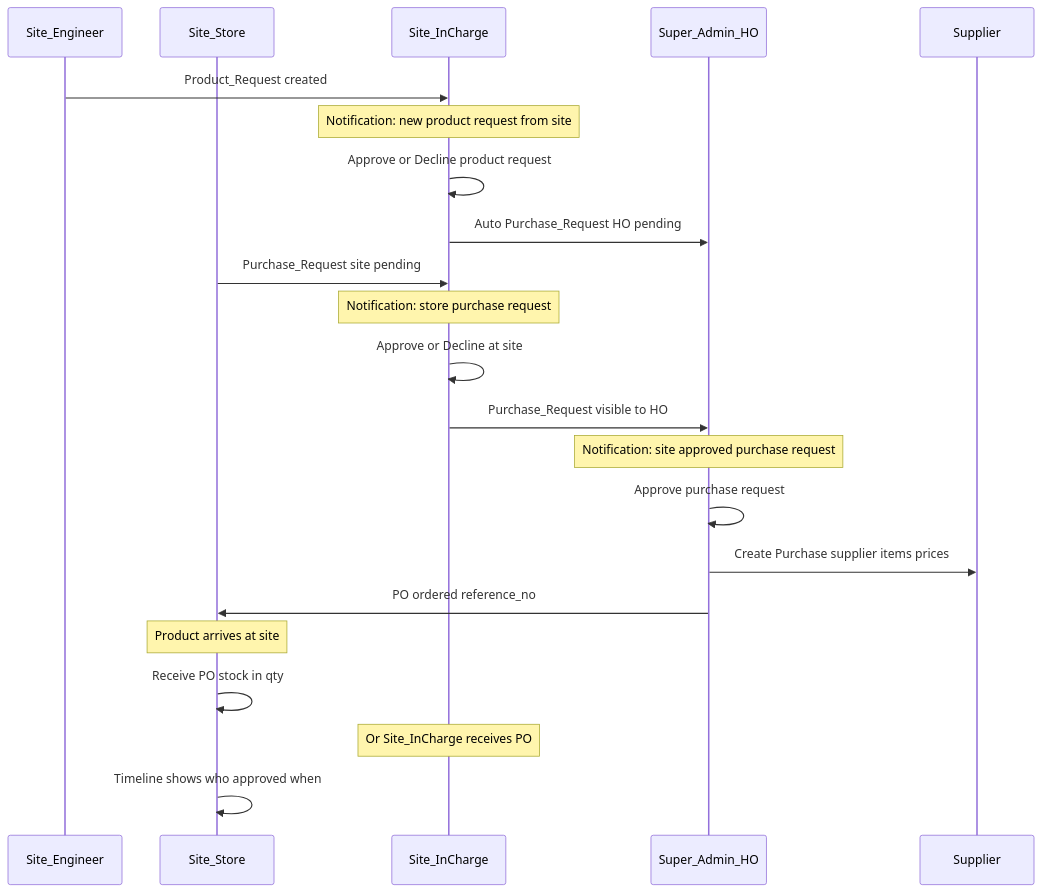
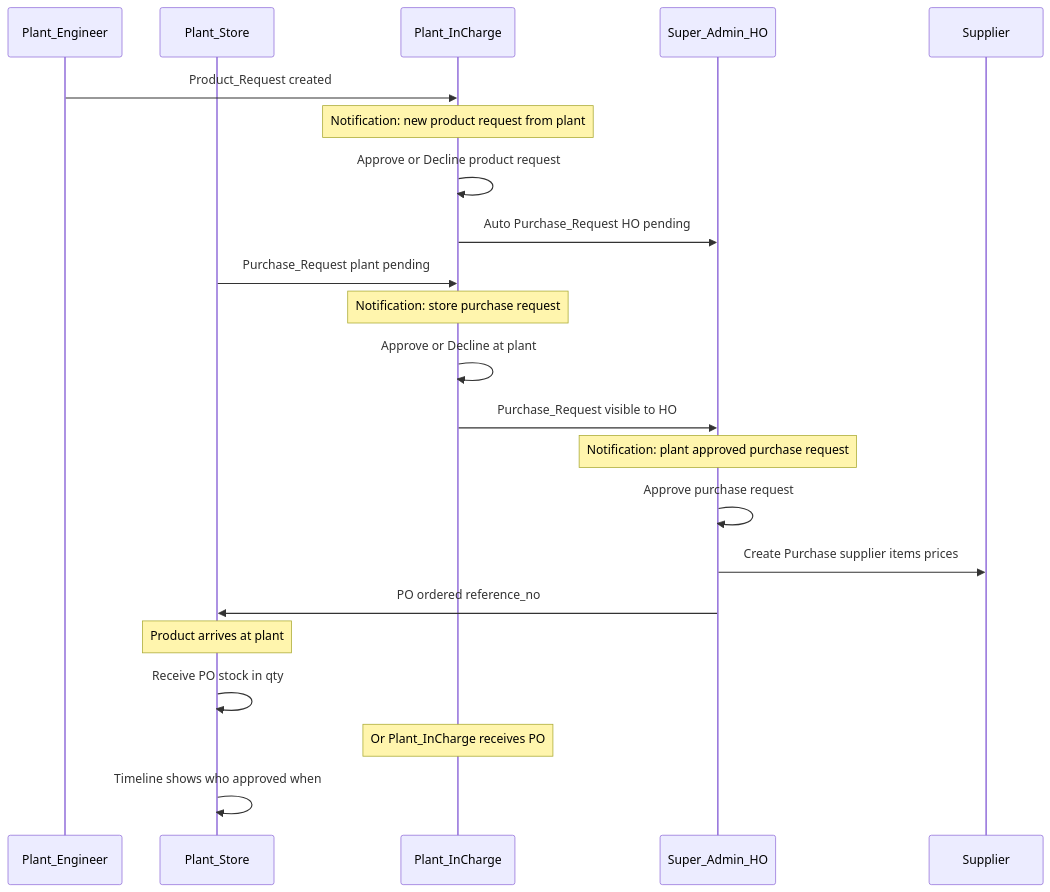
Before and after one commit to jisyashpal/panchmukhi_erp: the first of 2 diagrams in docs/ERP_PLAN.md, drawn with Mermaid. The commit also changed other lines of this file and 176 other files, not shown here.

````diff
--- a/docs/ERP_PLAN.md
+++ b/docs/ERP_PLAN.md
@@ -7,25 +7,25 @@
 ```mermaid
 sequenceDiagram
-    participant Eng as Site_Engineer
-    participant Store as Site_Store
-    participant IC as Site_InCharge
+    participant Eng as Plant_Engineer
+    participant Store as Plant_Store
+    participant IC as Plant_InCharge
     participant HO as Super_Admin_HO
     participant Sup as Supplier
 
     Eng->>IC: Product_Request created
-    Note over IC: Notification: new product request from site
+    Note over IC: Notification: new product request from plant
     IC->>IC: Approve or Decline product request
     IC->>HO: Auto Purchase_Request HO pending
-    Store->>IC: Purchase_Request site pending
+    Store->>IC: Purchase_Request plant pending
     Note over IC: Notification: store purchase request
-    IC->>IC: Approve or Decline at site
+    IC->>IC: Approve or Decline at plant
     IC->>HO: Purchase_Request visible to HO
-    Note over HO: Notification: site approved purchase request
+    Note over HO: Notification: plant approved purchase request
     HO->>HO: Approve purchase request
     HO->>Sup: Create Purchase supplier items prices
     HO->>Store: PO ordered reference_no
-    Note over Store: Product arrives at site
+    Note over Store: Product arrives at plant
     Store->>Store: Receive PO stock in qty
-    Note over IC: Or Site_InCharge receives PO
+    Note over IC: Or Plant_InCharge receives PO
     Store->>Store: Timeline shows who approved when
 ```
````
